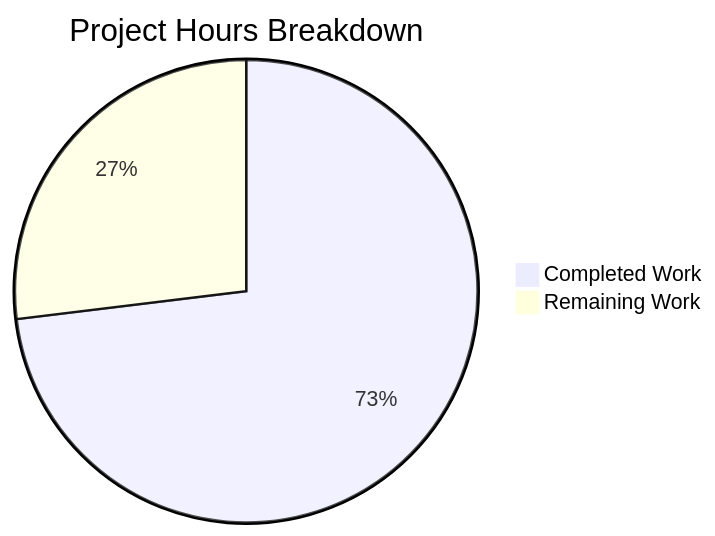
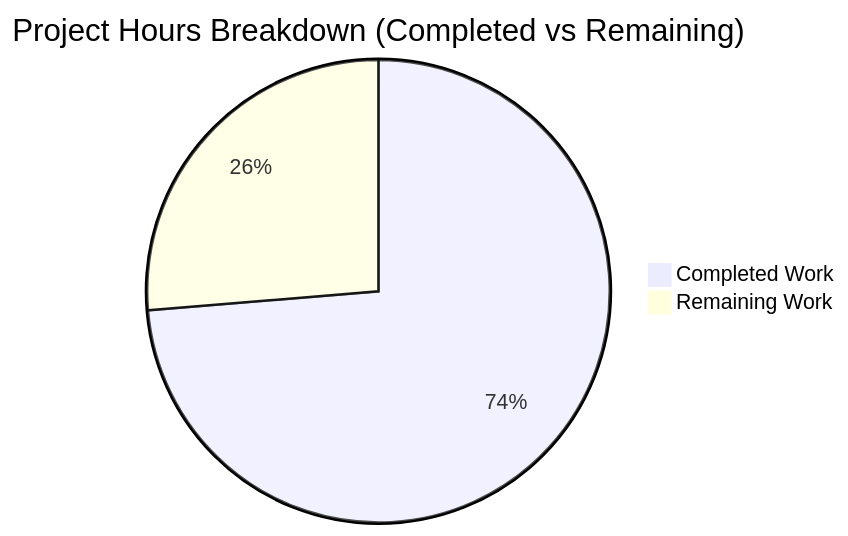
The second of 3 diagrams in blitzy/documentation/Project Guide.md (viditkshukla/blitzy-sample-test), drawn with Mermaid before and after one commit. The commit also changed other lines of this file, not shown here.

Commit message:
Adding Blitzy Project Guide: Project Status and Human Tasks Remaining

````diff
--- a/blitzy/documentation/Project Guide.md
+++ b/blitzy/documentation/Project Guide.md
@@ -84,5 +258,5 @@
 ```mermaid
-pie title Project Hours Breakdown
-    "Completed Work" : 19
-    "Remaining Work" : 7
+pie title Project Hours Breakdown (Completed vs Remaining)
+    "Completed Work" : 28
+    "Remaining Work" : 10
 ```
````
